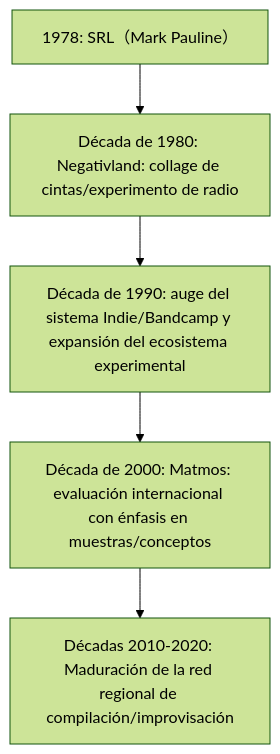
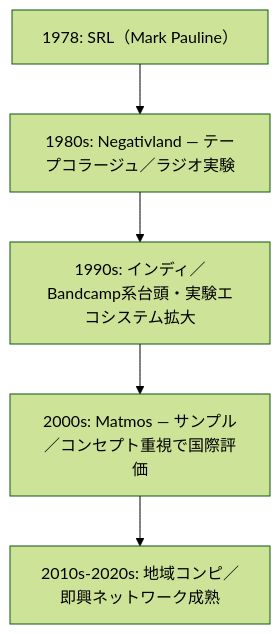
Before and after one commit to monumental-movement/monumental-movement.github.io: the diagram in es/_posts/2025-10-01-Column-Bay-Area-San-Francisco-Noise.md, drawn with Mermaid (forest theme). The commit also changed other lines of this file and 299 other files, not shown here.

```diff
--- a/es/_posts/2025-10-01-Column-Bay-Area-San-Francisco-Noise.md
+++ b/es/_posts/2025-10-01-Column-Bay-Area-San-Francisco-Noise.md
@@ -49,7 +49,7 @@
 <div class="mermaid">
 flowchart TD
-    A["1978: SRL（Mark Pauline）"] --> B["Década de 1980: Negativland: collage de cintas/experimento de radio"]
-    B --> C["Década de 1990: auge del sistema Indie/Bandcamp y expansión del ecosistema experimental"]
-    C --> D["Década de 2000: Matmos: evaluación internacional con énfasis en muestras/conceptos"]
-    D --> E["Décadas 2010-2020: Maduración de la red regional de compilación/improvisación"]
+    A["1978: SRL（Mark Pauline）"] --> B["1980s: Negativland — テープコラージュ／ラジオ実験"]
+    B --> C["1990s: インディ／Bandcamp系台頭・実験エコシステム拡大"]
+    C --> D["2000s: Matmos — サンプル／コンセプト重視で国際評価"]
+    D --> E["2010s-2020s: 地域コンピ／即興ネットワーク成熟"]
 </div>
```
